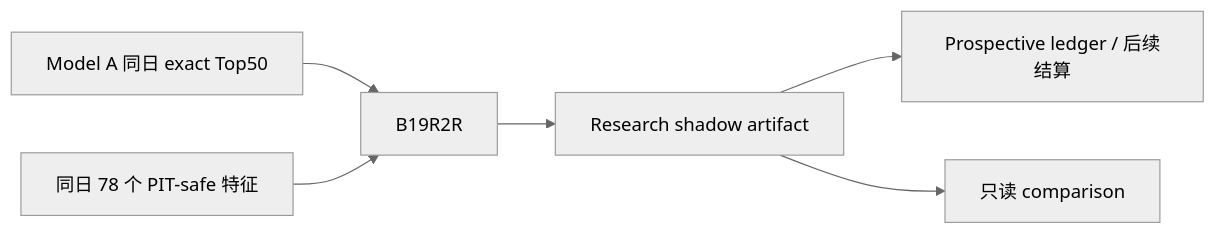
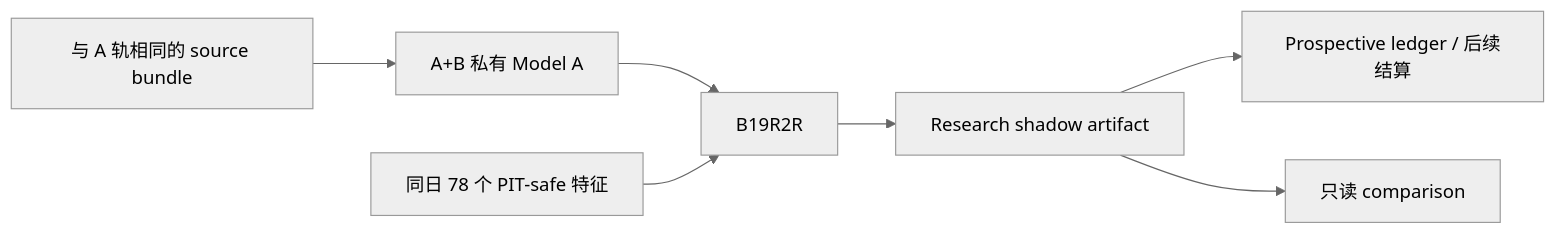
The fourth of 6 diagrams in docs/tw_modular_contracts/TW_PROJECT_MODULE_MAP_AND_FLOW_CN.md (charliecly0416/taiwan-stock-quant-platform), drawn with Mermaid (neutral theme) before and after one commit. The commit also changed other lines of this file and 34 other files, not shown here.

````diff
--- a/docs/tw_modular_contracts/TW_PROJECT_MODULE_MAP_AND_FLOW_CN.md
+++ b/docs/tw_modular_contracts/TW_PROJECT_MODULE_MAP_AND_FLOW_CN.md
@@ -672,8 +677,9 @@
 ```mermaid
 flowchart LR
-    A[Model A 同日 exact Top50] --> B[B19R2R]
+    D[与 A 轨相同的 source bundle] --> A[A+B 私有 Model A]
+    A --> B[B19R2R]
     F[同日 78 个 PIT-safe 特征] --> B
     B --> S[Research shadow artifact]
     S --> P[Prospective ledger / 后续结算]
     S --> C[只读 comparison]
 ```
````
